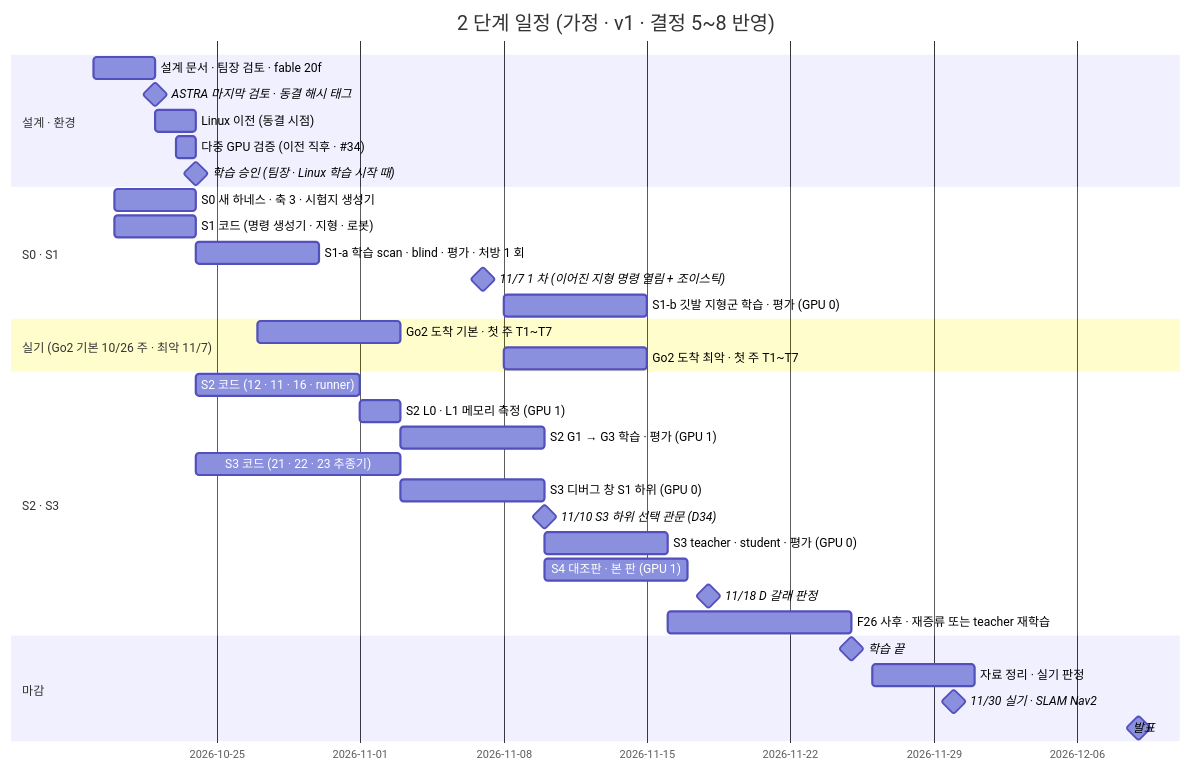
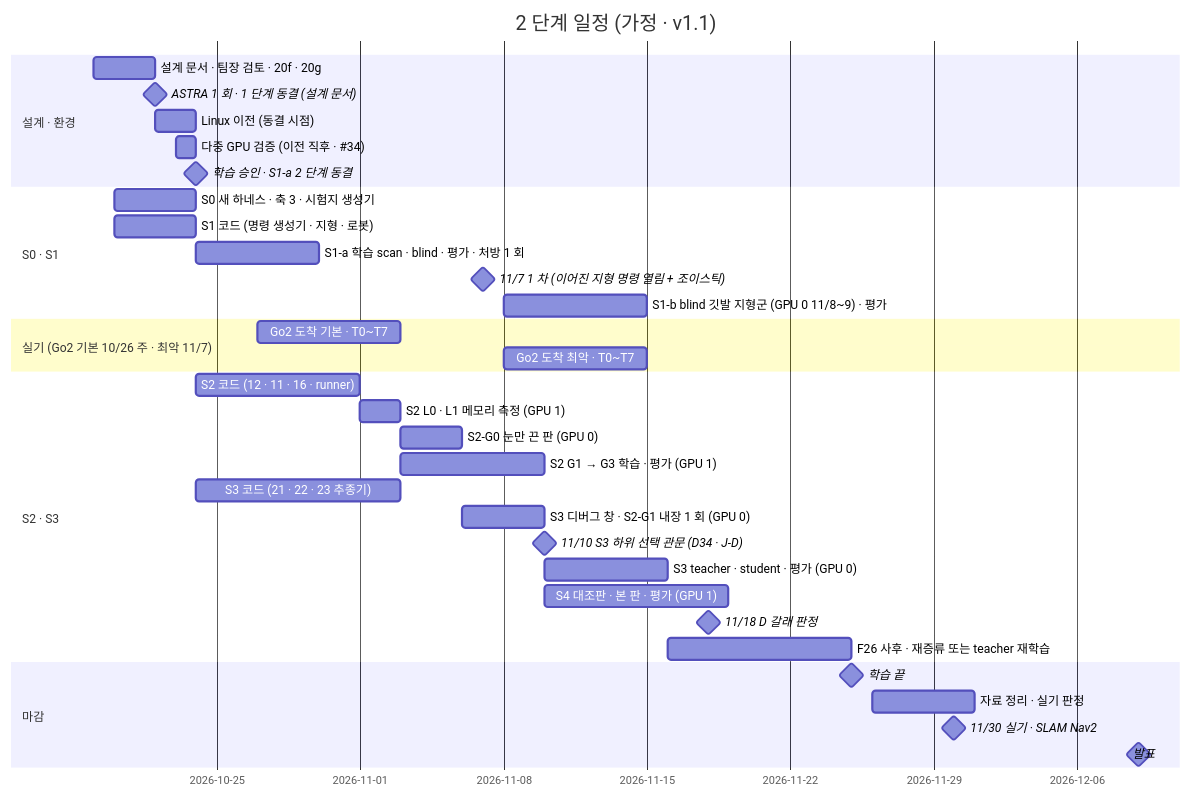
Before and after one commit to foothold-project/foothold-lab: the diagram in inbox/jay/20261019-design/70-RESOURCES-SCHEDULE.md, drawn with Mermaid. The commit also changed other lines of this file and 23 other files, not shown here.

````diff
--- a/inbox/jay/20261019-design/70-RESOURCES-SCHEDULE.md
+++ b/inbox/jay/20261019-design/70-RESOURCES-SCHEDULE.md
@@ -15,36 +15,37 @@
 ```mermaid
 gantt
   dateFormat  YYYY-MM-DD
-  title 2 단계 일정 (가정 · v1 · 결정 5~8 반영)
+  title 2 단계 일정 (가정 · v1.1)
   section 설계 · 환경
-  설계 문서 · 팀장 검토 · fable 20f      :d1, 2026-10-19, 3d
-  ASTRA 마지막 검토 · 동결 해시 태그      :milestone, 2026-10-22, 0d
+  설계 문서 · 팀장 검토 · 20f · 20g      :d1, 2026-10-19, 3d
+  ASTRA 1 회 · 1 단계 동결 (설계 문서)   :milestone, 2026-10-22, 0d
   Linux 이전 (동결 시점)                  :p2, 2026-10-22, 2d
   다중 GPU 검증 (이전 직후 · #34)         :p3, 2026-10-23, 1d
-  학습 승인 (팀장 · Linux 학습 시작 때)   :milestone, 2026-10-24, 0d
+  학습 승인 · S1-a 2 단계 동결            :milestone, 2026-10-24, 0d
   section S0 · S1
   S0 새 하네스 · 축 3 · 시험지 생성기    :s0, 2026-10-20, 4d
   S1 코드 (명령 생성기 · 지형 · 로봇)     :p1, 2026-10-20, 4d
   S1-a 학습 scan · blind · 평가 · 처방 1 회 :t1, 2026-10-24, 6d
   11/7 1 차 (이어진 지형 명령 열림 + 조이스틱) :milestone, 2026-11-07, 0d
-  S1-b 깃발 지형군 학습 · 평가 (GPU 0)    :t1b, 2026-11-08, 7d
+  S1-b blind 깃발 지형군 (GPU 0 11/8~9) · 평가 :t1b, 2026-11-08, 7d
   section 실기 (Go2 기본 10/26 주 · 최악 11/7)
-  Go2 도착 기본 · 첫 주 T1~T7             :r1, 2026-10-27, 7d
-  Go2 도착 최악 · 첫 주 T1~T7             :r2, 2026-11-08, 7d
+  Go2 도착 기본 · T0~T7                   :r1, 2026-10-27, 7d
+  Go2 도착 최악 · T0~T7                   :r2, 2026-11-08, 7d
   section S2 · S3
   S2 코드 (12 · 11 · 16 · runner)         :p4, 2026-10-24, 8d
   S2 L0 · L1 메모리 측정 (GPU 1)          :p5, 2026-11-01, 2d
+  S2-G0 눈만 끈 판 (GPU 0)                :t0, 2026-11-03, 3d
   S2 G1 → G3 학습 · 평가 (GPU 1)          :t2, 2026-11-03, 7d
   S3 코드 (21 · 22 · 23 추종기)           :p6, 2026-10-24, 10d
-  S3 디버그 창 S1 하위 (GPU 0)            :p7, 2026-11-03, 7d
-  11/10 S3 하위 선택 관문 (D34)           :milestone, 2026-11-10, 0d
+  S3 디버그 창 · S2-G1 내장 1 회 (GPU 0)  :p7, 2026-11-06, 4d
+  11/10 S3 하위 선택 관문 (D34 · J-D)     :milestone, 2026-11-10, 0d
   S3 teacher · student · 평가 (GPU 0)     :t3, 2026-11-10, 6d
-  S4 대조판 · 본 판 (GPU 1)               :t4, 2026-11-10, 7d
+  S4 대조판 · 본 판 · 평가 (GPU 1)        :t4, 2026-11-10, 9d
   11/18 D 갈래 판정                       :milestone, 2026-11-18, 0d
   F26 사후 · 재증류 또는 teacher 재학습   :t5, 2026-11-16, 9d
   section 마감
   학습 끝                                 :milestone, 2026-11-25, 0d
   자료 정리 · 실기 판정                   :2026-11-26, 5d
   11/30 실기 · SLAM Nav2                  :milestone, 2026-11-30, 0d
   발표                                    :milestone, 2026-12-09, 0d
 ```
````
